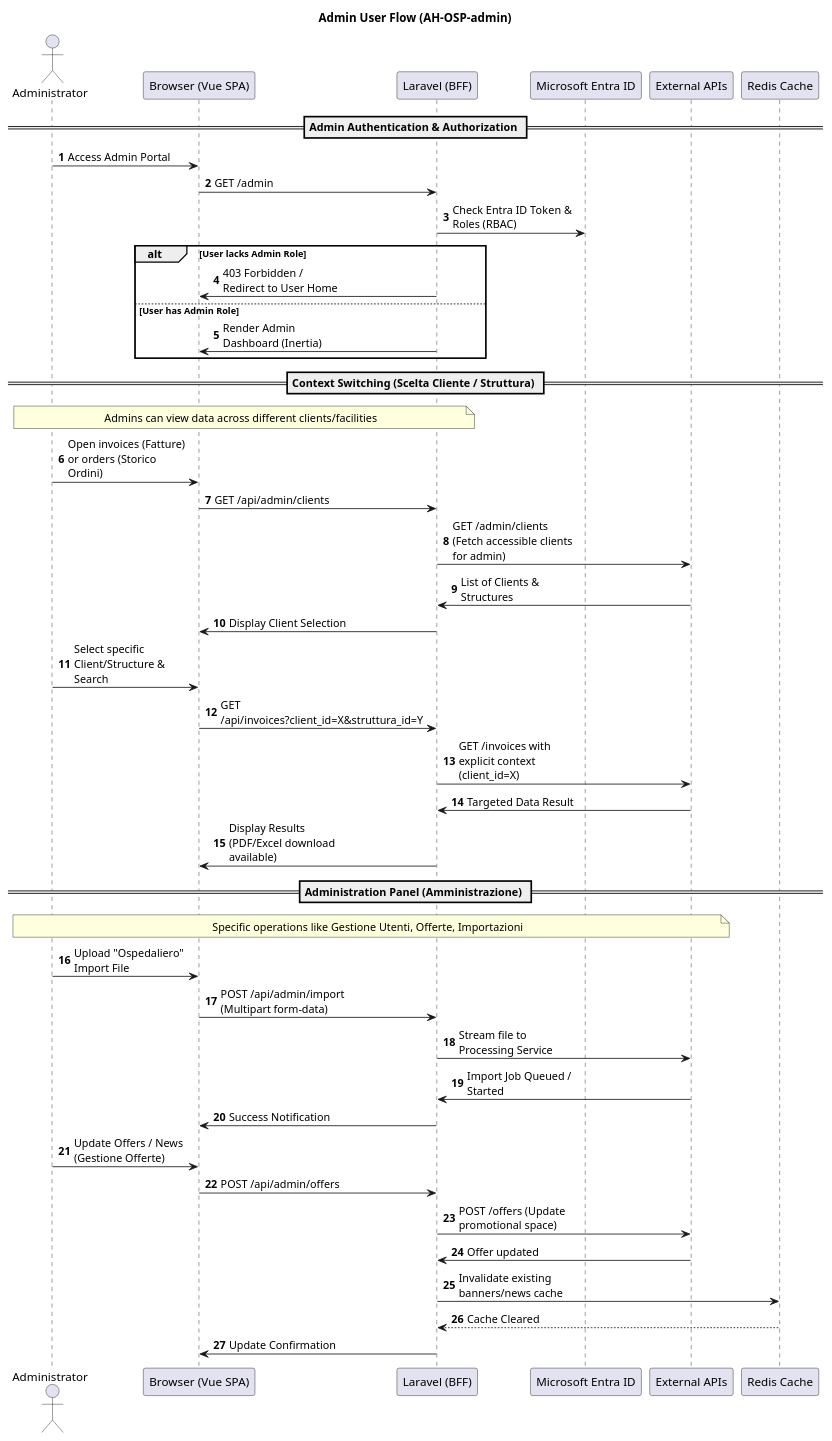
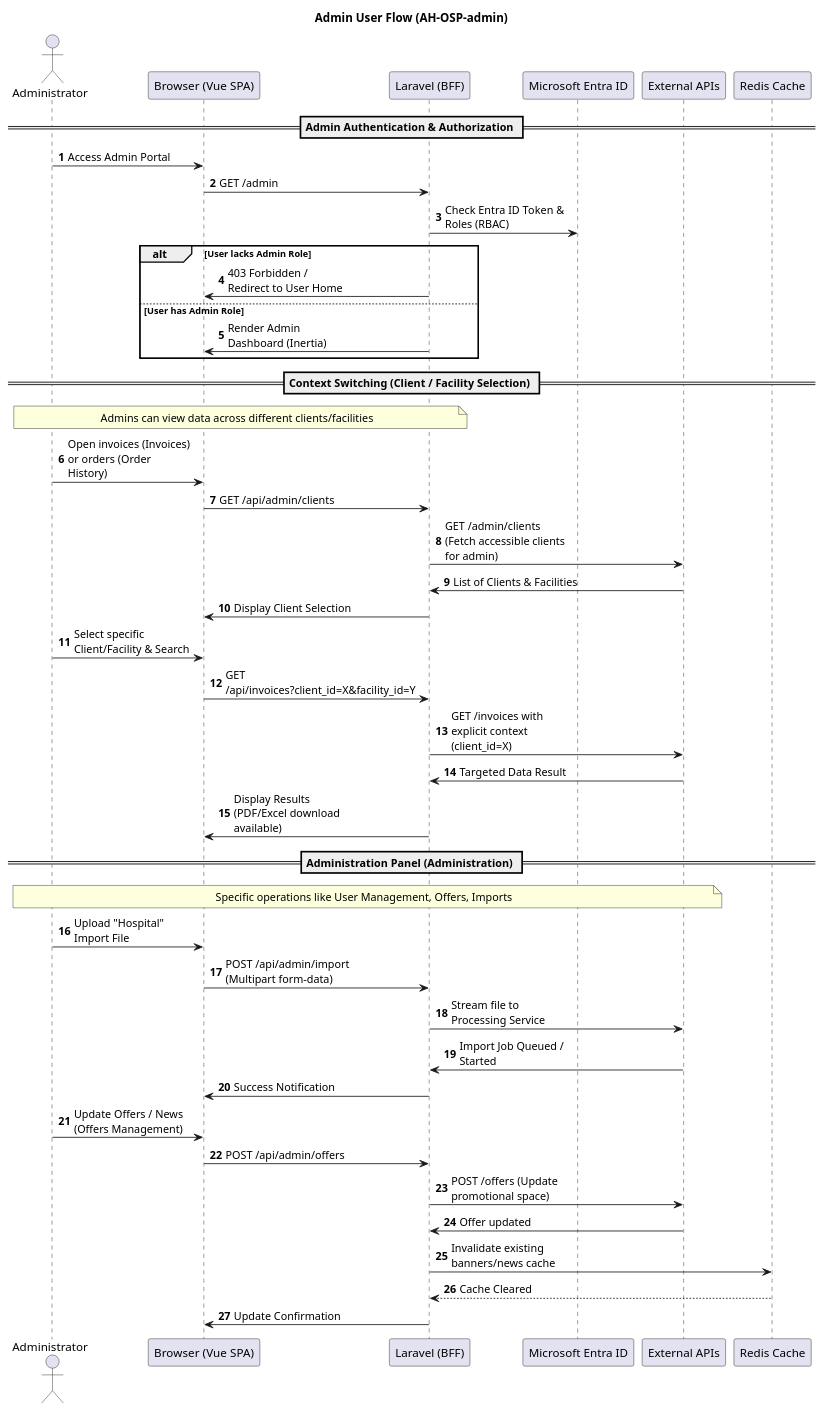
Before and after one commit to gant85/ospedaliero-design: the diagram in docs/diagrams/sequence-admin-flow.puml, drawn with PlantUML. The commit also changed 14 other files, not shown here.

```diff
--- a/docs/diagrams/sequence-admin-flow.puml
+++ b/docs/diagrams/sequence-admin-flow.puml
@@ -1,57 +1,57 @@
 @startuml
 title Admin User Flow (AH-OSP-admin)
 skinparam maxMessageSize 150
 autonumber
 
 actor "Administrator" as Admin
 participant "Browser (Vue SPA)" as Browser
 participant "Laravel (BFF)" as BFF
 participant "Microsoft Entra ID" as EntraID
 participant "External APIs" as API
 participant "Redis Cache" as Cache
 
 == Admin Authentication & Authorization ==
 
 Admin -> Browser: Access Admin Portal
 Browser -> BFF: GET /admin
 BFF -> EntraID: Check Entra ID Token & Roles (RBAC)
 alt User lacks Admin Role
     BFF -> Browser: 403 Forbidden / Redirect to User Home
 else User has Admin Role
     BFF -> Browser: Render Admin Dashboard (Inertia)
 end
 
-== Context Switching (Scelta Cliente / Struttura) ==
+== Context Switching (Client / Facility Selection) ==
 
 note over Admin, BFF: Admins can view data across different clients/facilities
-Admin -> Browser: Open invoices (Fatture) or orders (Storico Ordini)
+Admin -> Browser: Open invoices (Invoices) or orders (Order History)
 Browser -> BFF: GET /api/admin/clients
 BFF -> API: GET /admin/clients (Fetch accessible clients for admin)
-API -> BFF: List of Clients & Structures
+API -> BFF: List of Clients & Facilities
 BFF -> Browser: Display Client Selection
 
-Admin -> Browser: Select specific Client/Structure & Search
-Browser -> BFF: GET /api/invoices?client_id=X&struttura_id=Y
+Admin -> Browser: Select specific Client/Facility & Search
+Browser -> BFF: GET /api/invoices?client_id=X&facility_id=Y
 BFF -> API: GET /invoices with explicit context (client_id=X)
 API -> BFF: Targeted Data Result
 BFF -> Browser: Display Results (PDF/Excel download available)
 
-== Administration Panel (Amministrazione) ==
+== Administration Panel (Administration) ==
 
-note over Admin, API: Specific operations like Gestione Utenti, Offerte, Importazioni
+note over Admin, API: Specific operations like User Management, Offers, Imports
 
-Admin -> Browser: Upload "Ospedaliero" Import File
+Admin -> Browser: Upload "Hospital" Import File
 Browser -> BFF: POST /api/admin/import (Multipart form-data)
 BFF -> API: Stream file to Processing Service
 API -> BFF: Import Job Queued / Started
 BFF -> Browser: Success Notification
 
-Admin -> Browser: Update Offers / News (Gestione Offerte)
+Admin -> Browser: Update Offers / News (Offers Management)
 Browser -> BFF: POST /api/admin/offers
 BFF -> API: POST /offers (Update promotional space)
 API -> BFF: Offer updated
 BFF -> Cache: Invalidate existing banners/news cache
 Cache --> BFF: Cache Cleared
 BFF -> Browser: Update Confirmation
 
 @enduml
```
